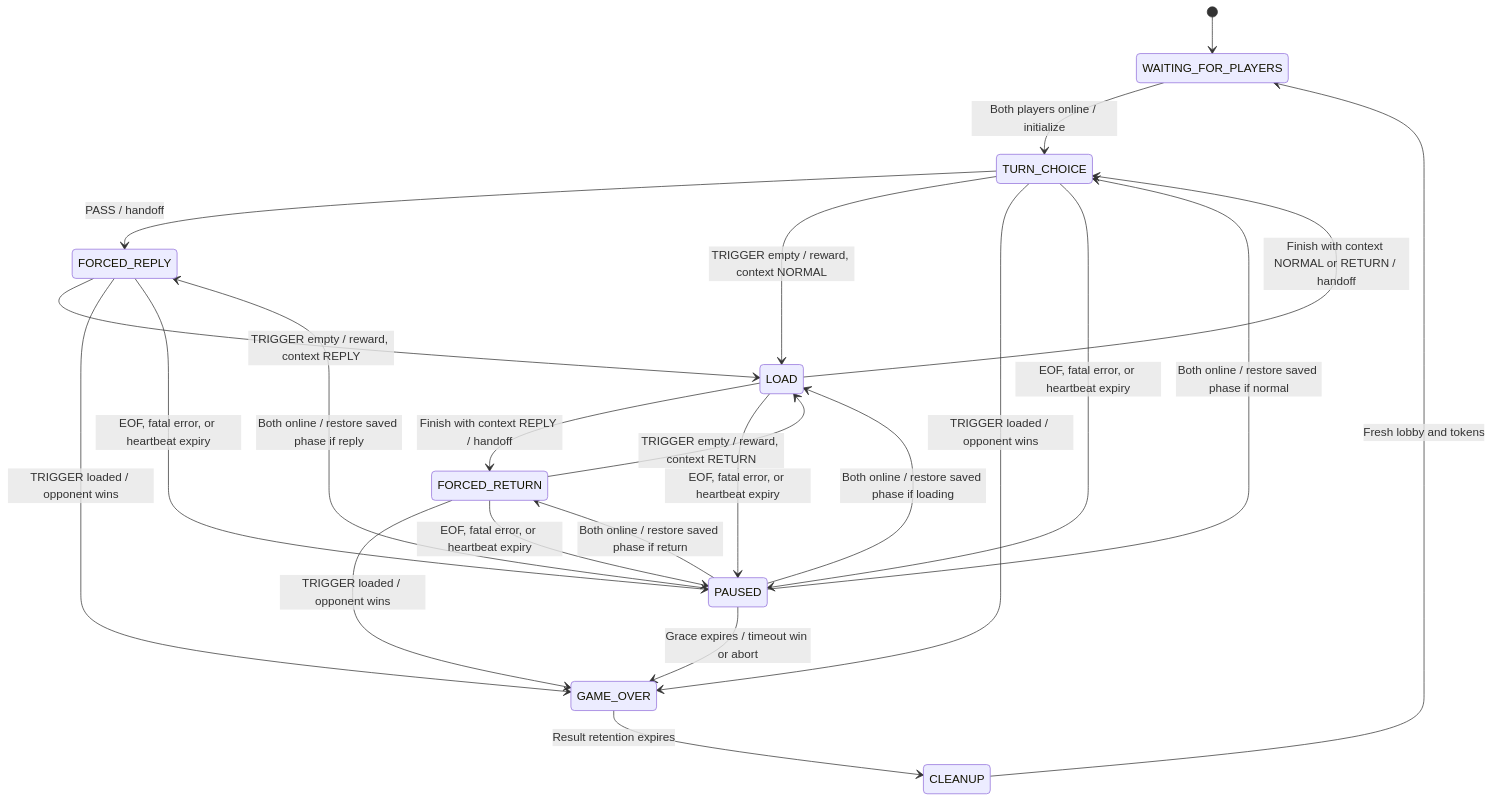
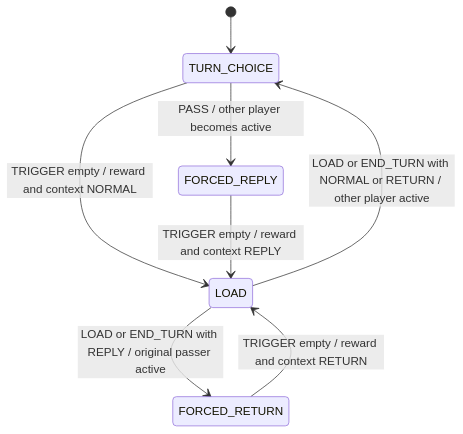
Before and after one commit to cobaltstag/Term-Project: the second of 4 diagrams in fsm_specification.md, drawn with Mermaid. The commit also changed other lines of this file and 3 other files, not shown here.

Commit message:
Align Sprint 1 diagrams, protocol decisions, and AI prompt documentation with rubric

````diff
--- a/fsm_specification.md
+++ b/fsm_specification.md
@@ -35,26 +62,11 @@
 ```mermaid
 stateDiagram-v2
     direction TB
-    [*] --> WAITING_FOR_PLAYERS
-    WAITING_FOR_PLAYERS --> TURN_CHOICE: Both players online / initialize
-    TURN_CHOICE --> FORCED_REPLY: PASS / handoff
-    TURN_CHOICE --> LOAD: TRIGGER empty / reward, context NORMAL
-    FORCED_REPLY --> LOAD: TRIGGER empty / reward, context REPLY
-    FORCED_RETURN --> LOAD: TRIGGER empty / reward, context RETURN
-    LOAD --> FORCED_RETURN: Finish with context REPLY / handoff
-    LOAD --> TURN_CHOICE: Finish with context NORMAL or RETURN / handoff
-    TURN_CHOICE --> GAME_OVER: TRIGGER loaded / opponent wins
-    FORCED_REPLY --> GAME_OVER: TRIGGER loaded / opponent wins
-    FORCED_RETURN --> GAME_OVER: TRIGGER loaded / opponent wins
-    TURN_CHOICE --> PAUSED: EOF, fatal error, or heartbeat expiry
-    FORCED_REPLY --> PAUSED: EOF, fatal error, or heartbeat expiry
-    FORCED_RETURN --> PAUSED: EOF, fatal error, or heartbeat expiry
-    LOAD --> PAUSED: EOF, fatal error, or heartbeat expiry
-    PAUSED --> TURN_CHOICE: Both online / restore saved phase if normal
-    PAUSED --> FORCED_REPLY: Both online / restore saved phase if reply
-    PAUSED --> FORCED_RETURN: Both online / restore saved phase if return
-    PAUSED --> LOAD: Both online / restore saved phase if loading
-    PAUSED --> GAME_OVER: Grace expires / timeout win or abort
-    GAME_OVER --> CLEANUP: Result retention expires
-    CLEANUP --> WAITING_FOR_PLAYERS: Fresh lobby and tokens
+    [*] --> TURN_CHOICE
+    TURN_CHOICE --> FORCED_REPLY: PASS / other player becomes active
+    TURN_CHOICE --> LOAD: TRIGGER empty / reward and context NORMAL
+    FORCED_REPLY --> LOAD: TRIGGER empty / reward and context REPLY
+    FORCED_RETURN --> LOAD: TRIGGER empty / reward and context RETURN
+    LOAD --> FORCED_RETURN: LOAD or END_TURN with REPLY / original passer active
+    LOAD --> TURN_CHOICE: LOAD or END_TURN with NORMAL or RETURN / other player active
 ```
````
